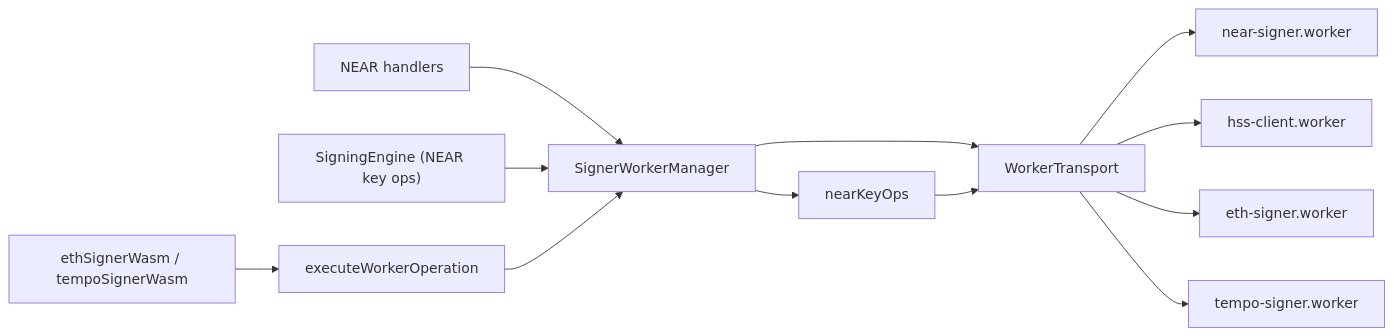
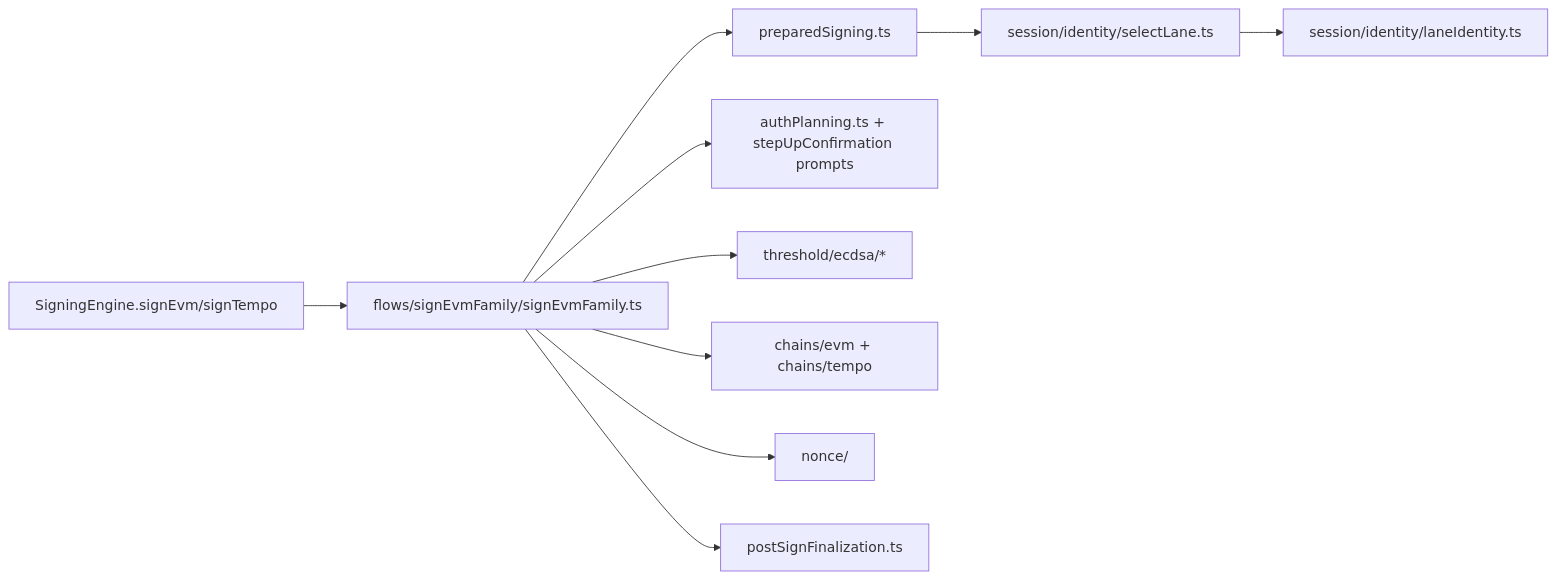
The third of 4 diagrams in client/src/core/signingEngine/README.md (seams-tech/seams-sdk), drawn with Mermaid before and after one commit. The commit also changed other lines of this file and 655 other files, not shown here.

Commit message:
refactor signing engine architecture

````diff
--- a/client/src/core/signingEngine/README.md
+++ b/client/src/core/signingEngine/README.md
@@ -60,15 +129,12 @@
 ```mermaid
 flowchart LR
-  NH["NEAR handlers"] --> SWM["SignerWorkerManager"]
-  SE["SigningEngine (NEAR key ops)"] --> SWM
-  SWM --> ST["WorkerTransport"]
-  SWM --> NKO["nearKeyOps"]
-  NKO --> ST
-  ST --> NSW["near-signer.worker"]
-  ST --> HSW["hss-client.worker"]
-  ST --> EWK["eth-signer.worker"]
-  ST --> TWK["tempo-signer.worker"]
-
-  WASM["ethSignerWasm / tempoSignerWasm"] --> EX["executeWorkerOperation"]
-  EX --> SWM
+  SE["SigningEngine.signEvm/signTempo"] --> OP["flows/signEvmFamily/signEvmFamily.ts"]
+  OP --> PREP["preparedSigning.ts"]
+  PREP --> SELECT["session/identity/selectLane.ts"]
+  SELECT --> ID["session/identity/laneIdentity.ts"]
+  OP --> AUTH["authPlanning.ts + stepUpConfirmation prompts"]
+  OP --> TH["threshold/ecdsa/*"]
+  OP --> CH["chains/evm + chains/tempo"]
+  OP --> NONCE["nonce/"]
+  OP --> FINAL["postSignFinalization.ts"]
 ```
````
